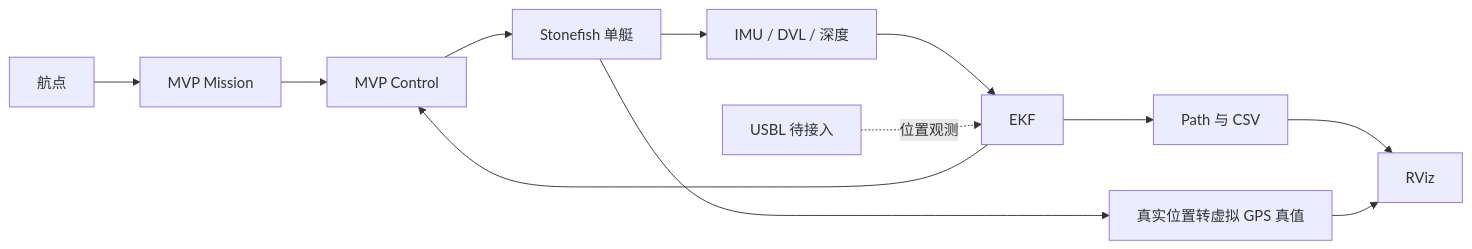
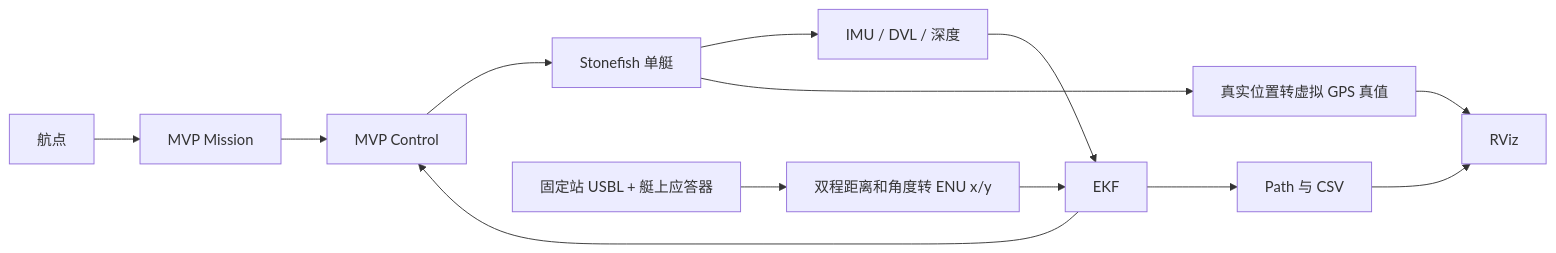
One commit to lidongyang2004/baseline_robot changed the diagram in readme.md. Above: the diagram before and after it, drawn with Mermaid. The commit also changed other lines of this file and 58 other files, not shown here.

````diff
--- a/readme.md
+++ b/readme.md
@@ -94,14 +164,15 @@
 ```mermaid
 flowchart LR
   W[航点] --> M[MVP Mission]
   M --> C[MVP Control]
   C --> S[Stonefish 单艇]
   S --> I[IMU / DVL / 深度]
   I --> E[EKF]
   E --> C
   E --> P[Path 与 CSV]
   S --> T[真实位置转虚拟 GPS 真值]
   P --> R[RViz]
   T --> R
-  U[USBL 待接入] -.位置观测.-> E
+  U[固定站 USBL + 艇上应答器] --> A[双程距离和角度转 ENU x/y]
+  A --> E
 ```
````
